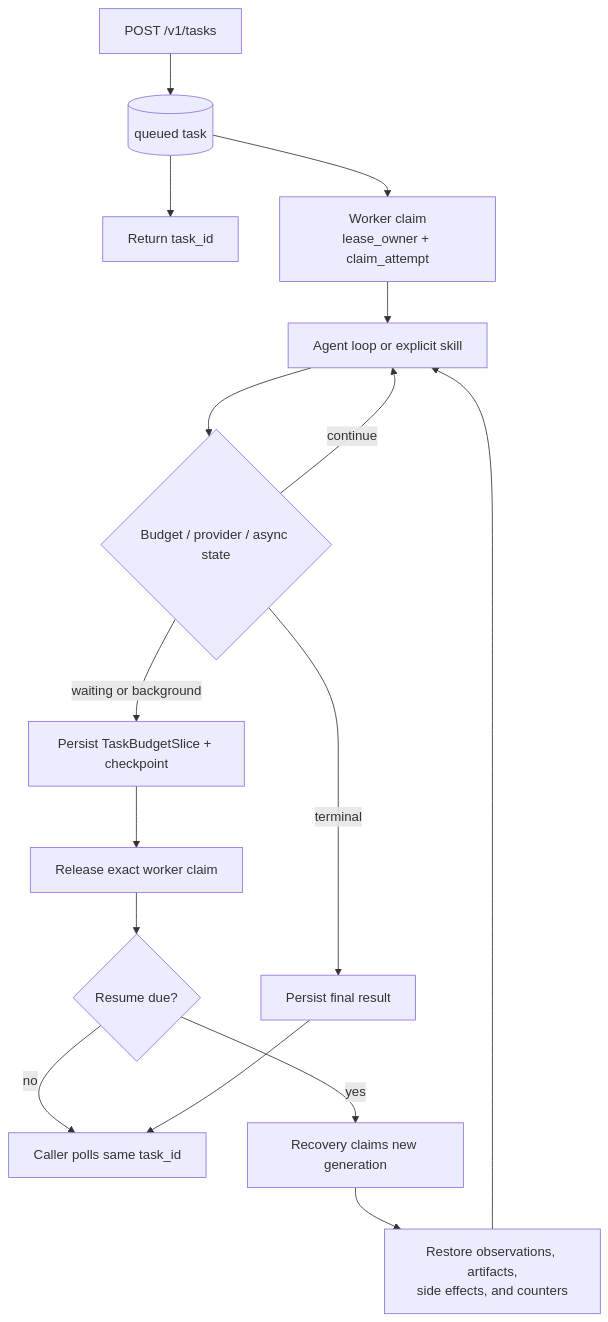
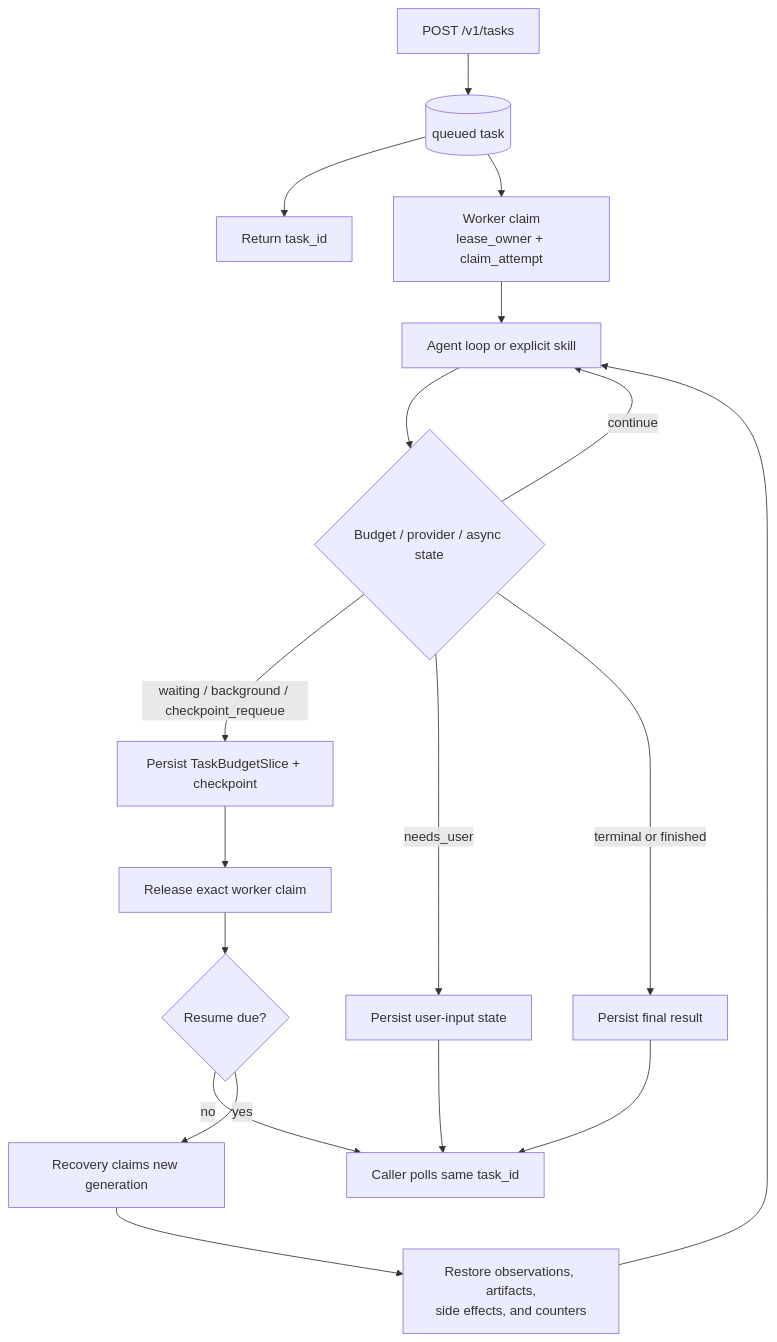
The first of 2 diagrams in docs/architecture/03-task-state-context.md (MatrixCoreX/RustClaw), drawn with Mermaid before and after one commit. The commit also changed other lines of this file and 17 other files, not shown here.

Commit message:
docs: synchronize architecture learning guide

````diff
--- a/docs/architecture/03-task-state-context.md
+++ b/docs/architecture/03-task-state-context.md
@@ -11,18 +14,20 @@
 ```mermaid
 flowchart TD
     A[POST /v1/tasks] --> B[(queued task)]
     B --> C[Return task_id]
     B --> D[Worker claim<br/>lease_owner + claim_attempt]
     D --> E[Agent loop or explicit skill]
     E --> F{Budget / provider / async state}
     F -->|continue| E
-    F -->|waiting or background| G[Persist TaskBudgetSlice + checkpoint]
+    F -->|waiting / background / checkpoint_requeue| G[Persist TaskBudgetSlice + checkpoint]
     G --> H[Release exact worker claim]
     H --> I{Resume due?}
     I -->|no| J[Caller polls same task_id]
     I -->|yes| K[Recovery claims new generation]
     K --> L[Restore observations, artifacts,<br/>side effects, and counters]
     L --> E
-    F -->|terminal| M[Persist final result]
+    F -->|needs_user| N[Persist user-input state]
+    N --> J
+    F -->|terminal or finished| M[Persist final result]
     M --> J
 ```
````
